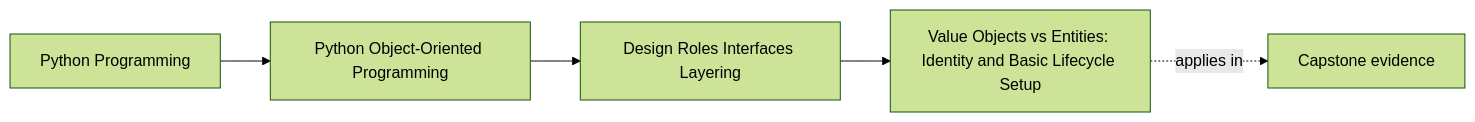
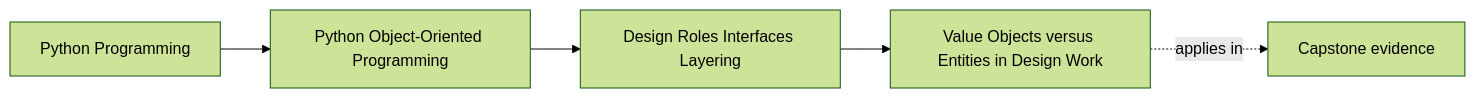
One commit to bijux/bijux-masterclass changed the first of 2 diagrams in programs/python-programming/python-object-oriented-programming/course-book/module-02-design-roles-interfaces-layering/value-objects-versus-entities.md. Above: the diagram before and after it, drawn with Mermaid (forest theme). The commit also changed other lines of this file, not shown here.

Commit message:
docs(oop): clarify value and entity boundaries

````diff
--- a/programs/python-programming/python-object-oriented-programming/course-book/module-02-design-roles-interfaces-layering/value-objects-versus-entities.md
+++ b/programs/python-programming/python-object-oriented-programming/course-book/module-02-design-roles-interfaces-layering/value-objects-versus-entities.md
@@ -7,11 +6,11 @@
 ```mermaid
 graph LR
   family["Python Programming"]
   program["Python Object-Oriented Programming"]
   section["Design Roles Interfaces Layering"]
-  page["Value Objects vs Entities: Identity and Basic Lifecycle Setup"]
+  page["Value Objects versus Entities in Design Work"]
   capstone["Capstone evidence"]
 
   family --> program --> section --> page
   page -.applies in.-> capstone
 ```
````
